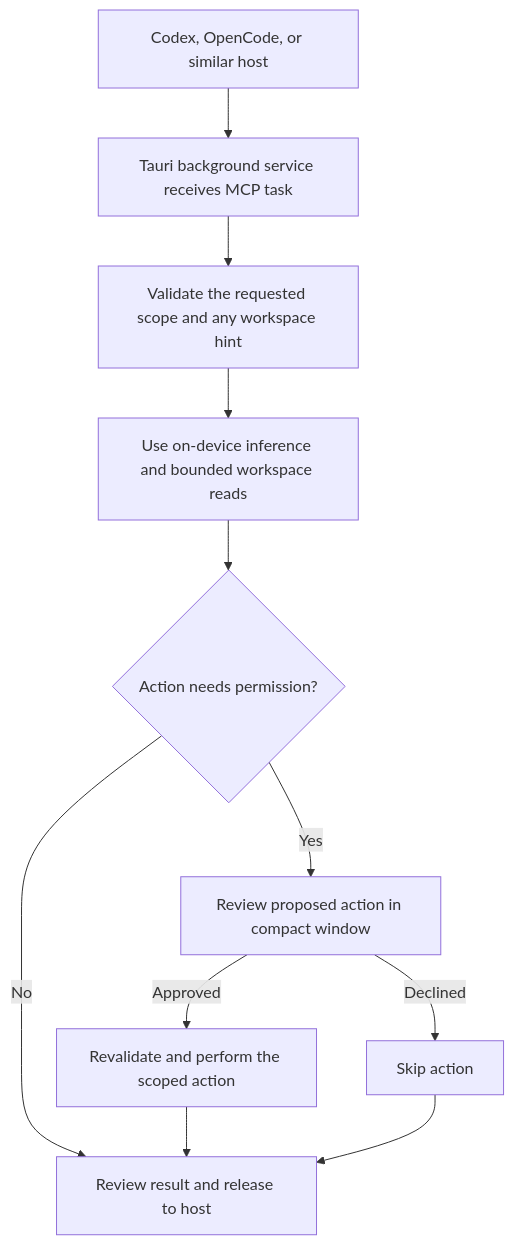
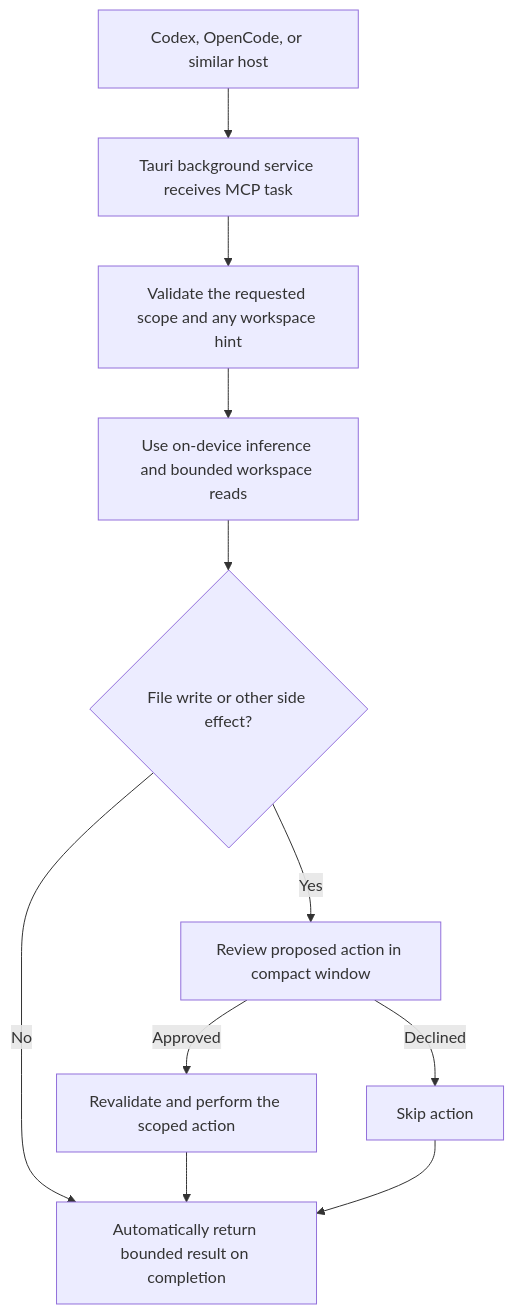
Before and after one commit to meharajM/ai-worker-desktop: the diagram in plans/local-desktop-product-plan.md, drawn with Mermaid. The commit also changed other lines of this file and 1 other file, not shown here.

Commit message:
docs: clarify automatic MCP result return

````diff
--- a/plans/local-desktop-product-plan.md
+++ b/plans/local-desktop-product-plan.md
@@ -9,13 +9,13 @@
 ```mermaid
 flowchart TD
     A["Codex, OpenCode, or similar host"] --> B["Tauri background service receives MCP task"]
     B --> C["Validate the requested scope and any workspace hint"]
     C --> D["Use on-device inference and bounded workspace reads"]
-    D --> E{"Action needs permission?"}
+    D --> E{"File write or other side effect?"}
     E -->|Yes| F["Review proposed action in compact window"]
     F -->|Approved| G["Revalidate and perform the scoped action"]
     F -->|Declined| H["Skip action"]
-    E -->|No| I["Review result and release to host"]
+    E -->|No| I["Automatically return bounded result on completion"]
     G --> I
     H --> I
 ```
````
